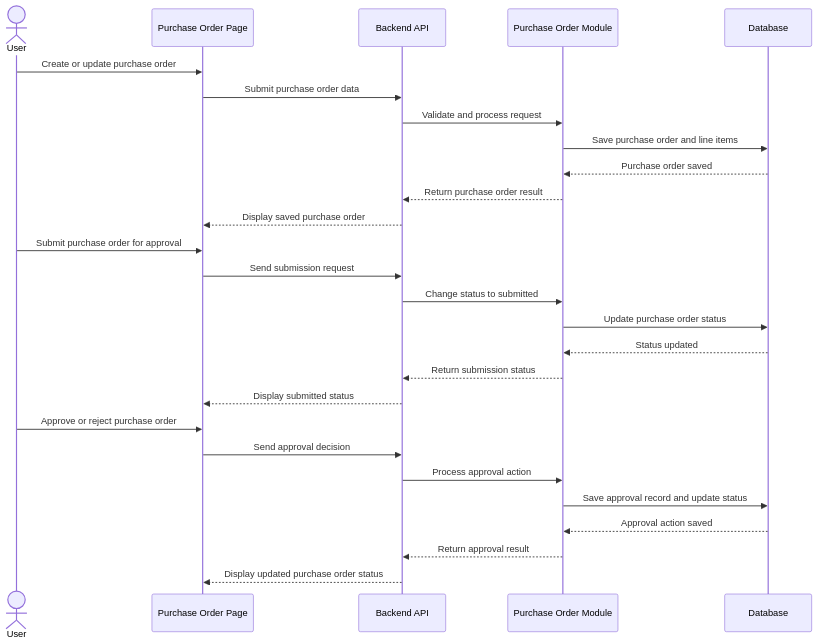
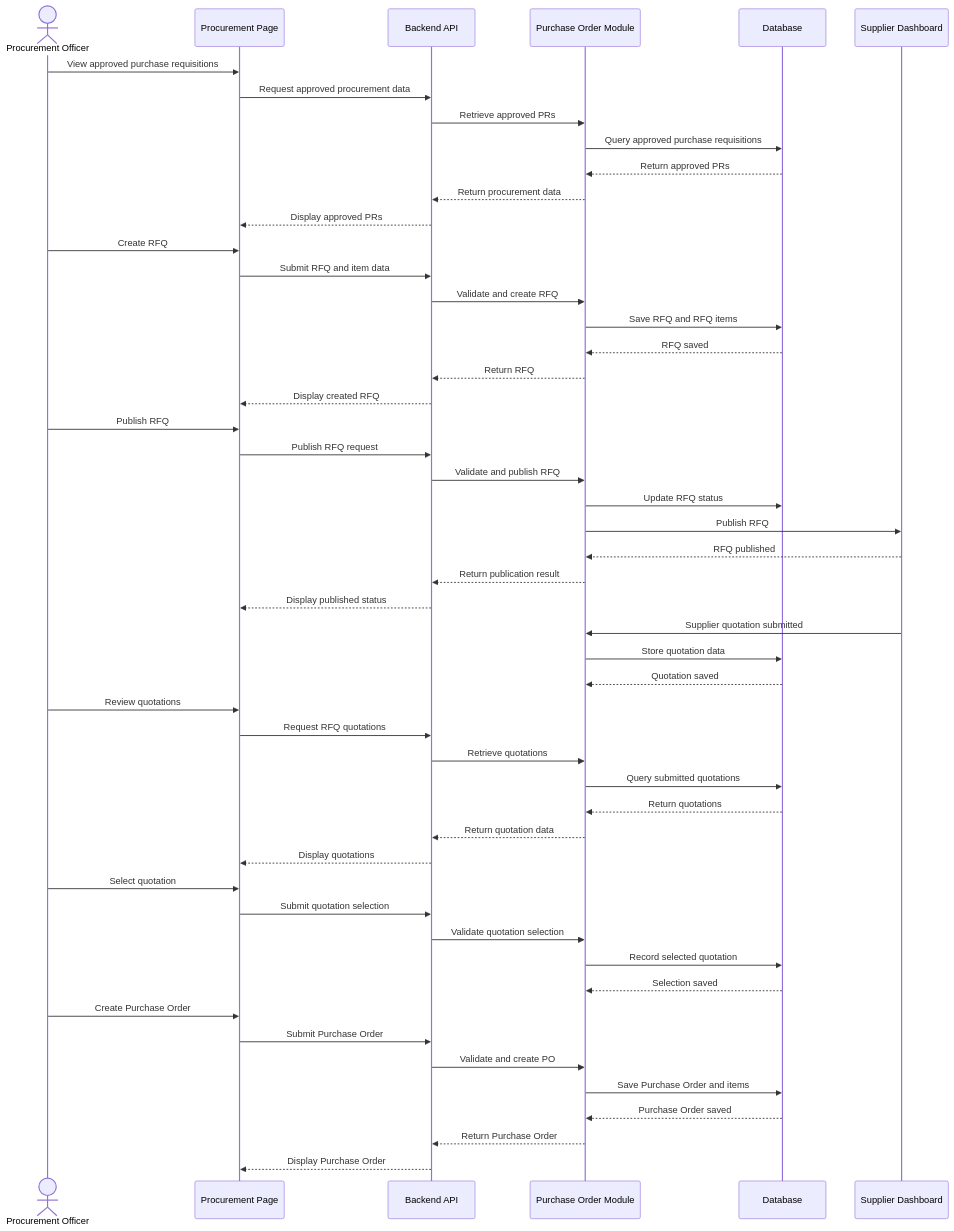
The sixth of 12 diagrams in docs/architecture/Low_Level_Design.md (Wiii-1/New_LINAW), drawn with Mermaid before and after one commit. The commit also changed other lines of this file and 10 other files, not shown here.

````diff
--- a/docs/architecture/Low_Level_Design.md
+++ b/docs/architecture/Low_Level_Design.md
@@ -1310,32 +1458,103 @@
 ```mermaid
 sequenceDiagram
-    actor User
-    participant UI as Purchase Order Page
+
+    actor User as Procurement Officer
+
+    participant UI as Procurement Page
+
     participant API as Backend API
+
     participant POM as Purchase Order Module
+
     participant DB as Database
 
-    User->>UI: Create or update purchase order
-    UI->>API: Submit purchase order data
-    API->>POM: Validate and process request
-    POM->>DB: Save purchase order and line items
-    DB-->>POM: Purchase order saved
-    POM-->>API: Return purchase order result
-    API-->>UI: Display saved purchase order
+    participant SD as Supplier Dashboard
 
-    User->>UI: Submit purchase order for approval
-    UI->>API: Send submission request
-    API->>POM: Change status to submitted
-    POM->>DB: Update purchase order status
-    DB-->>POM: Status updated
-    POM-->>API: Return submission status
-    API-->>UI: Display submitted status
+    User->>UI: View approved purchase requisitions
 
-    User->>UI: Approve or reject purchase order
-    UI->>API: Send approval decision
-    API->>POM: Process approval action
-    POM->>DB: Save approval record and update status
-    DB-->>POM: Approval action saved
-    POM-->>API: Return approval result
-    API-->>UI: Display updated purchase order status
+    UI->>API: Request approved procurement data
+
+    API->>POM: Retrieve approved PRs
+
+    POM->>DB: Query approved purchase requisitions
+
+    DB-->>POM: Return approved PRs
+
+    POM-->>API: Return procurement data
+
+    API-->>UI: Display approved PRs
+
+    User->>UI: Create RFQ
+
+    UI->>API: Submit RFQ and item data
+
+    API->>POM: Validate and create RFQ
+
+    POM->>DB: Save RFQ and RFQ items
+
+    DB-->>POM: RFQ saved
+
+    POM-->>API: Return RFQ
+
+    API-->>UI: Display created RFQ
+
+    User->>UI: Publish RFQ
+
+    UI->>API: Publish RFQ request
+
+    API->>POM: Validate and publish RFQ
+
+    POM->>DB: Update RFQ status
+
+    POM->>SD: Publish RFQ
+
+    SD-->>POM: RFQ published
+
+    POM-->>API: Return publication result
+
+    API-->>UI: Display published status
+
+    SD->>POM: Supplier quotation submitted
+
+    POM->>DB: Store quotation data
+
+    DB-->>POM: Quotation saved
+
+    User->>UI: Review quotations
+
+    UI->>API: Request RFQ quotations
+
+    API->>POM: Retrieve quotations
+
+    POM->>DB: Query submitted quotations
+
+    DB-->>POM: Return quotations
+
+    POM-->>API: Return quotation data
+
+    API-->>UI: Display quotations
+
+    User->>UI: Select quotation
+
+    UI->>API: Submit quotation selection
+
+    API->>POM: Validate quotation selection
+
+    POM->>DB: Record selected quotation
+
+    DB-->>POM: Selection saved
+
+    User->>UI: Create Purchase Order
+
+    UI->>API: Submit Purchase Order
+
+    API->>POM: Validate and create PO
+
+    POM->>DB: Save Purchase Order and items
+
+    DB-->>POM: Purchase Order saved
+
+    POM-->>API: Return Purchase Order
+
+    API-->>UI: Display Purchase Order
 ```
````
